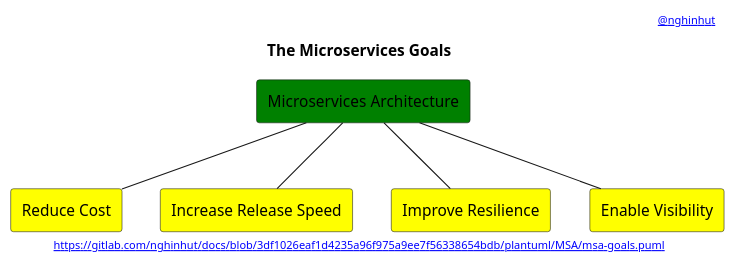
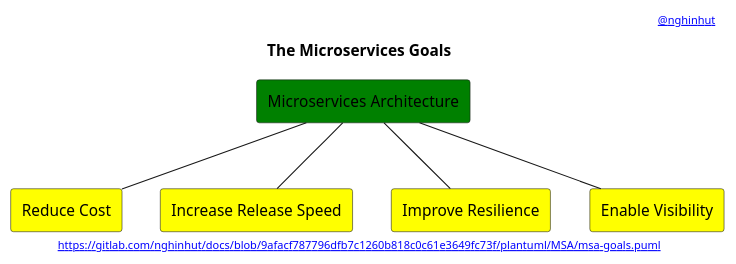
Before and after one commit to nghinhut/docs: the diagram in plantuml/MSA/msa-goals.puml, drawn with PlantUML. The commit also changed 24 other files, not shown here.

Commit message:
docs(plantuml): update headers

```diff
--- a/plantuml/MSA/msa-goals.puml
+++ b/plantuml/MSA/msa-goals.puml
@@ -1,21 +1,21 @@
 @startuml
 '-----START auto generated metadata please keep comment here to allow auto update-----
 '-----DON'T EDIT THIS SECTION, INSTEAD RE-RUN prebuild.sh TO UPDATE-----
-header [[https://www.nghinhut.dev?from=http%5C%3A%5C%2F%5C%2Fwww%5C.plantuml%5C.com%5C%2Fplantuml%5C%2Fproxy%3Ffmt%3Dsvg%5C%26src%3Dhttps%5C%3A%5C%2F%5C%2Fgitlab%5C.com%5C%2Fnghinhut%5C%2Fdocs%5C%2Fraw%5C%2F3df1026eaf1d4235a96f975a9ee7f56338654bdb%5C%2Fplantuml%5C%2FMSA%5C%2Fmsa-goals%5C.puml%0A @nghinhut]]
-footer [[http://www.plantuml.com/plantuml/proxy?fmt=svg&src=https://gitlab.com/nghinhut/docs/raw/3df1026eaf1d4235a96f975a9ee7f56338654bdb/plantuml/MSA/msa-goals.puml https://gitlab.com/nghinhut/docs/blob/3df1026eaf1d4235a96f975a9ee7f56338654bdb/plantuml/MSA/msa-goals.puml]]
+header [[https://www.nghinhut.dev?from=http%5C%3A%5C%2F%5C%2Fwww%5C.plantuml%5C.com%5C%2Fplantuml%5C%2Fproxy%3Ffmt%3Dsvg%5C%26src%3Dhttps%5C%3A%5C%2F%5C%2Fgitlab%5C.com%5C%2Fnghinhut%5C%2Fdocs%5C%2Fraw%5C%2F9afacf787796dfb7c1260b818c0c61e3649fc73f%5C%2Fplantuml%5C%2FMSA%5C%2Fmsa-goals%5C.puml%0A @nghinhut]]
+footer [[http://www.plantuml.com/plantuml/proxy?fmt=svg&src=https://gitlab.com/nghinhut/docs/raw/9afacf787796dfb7c1260b818c0c61e3649fc73f/plantuml/MSA/msa-goals.puml https://gitlab.com/nghinhut/docs/blob/9afacf787796dfb7c1260b818c0c61e3649fc73f/plantuml/MSA/msa-goals.puml]]
 '-----END auto generated metadata please keep comment here to allow auto update-----
 title The Microservices Goals
 
 rectangle "Microservices Architecture" as msa #green
 
 rectangle "Reduce Cost" as goal1 #yellow
 rectangle "Increase Release Speed" as goal2 #yellow
 rectangle "Improve Resilience" as goal3 #yellow
 rectangle "Enable Visibility" as goal4 #yellow
 
 msa -- goal1
 msa -- goal2
 msa -- goal3
 msa -- goal4
 
 @enduml
```
